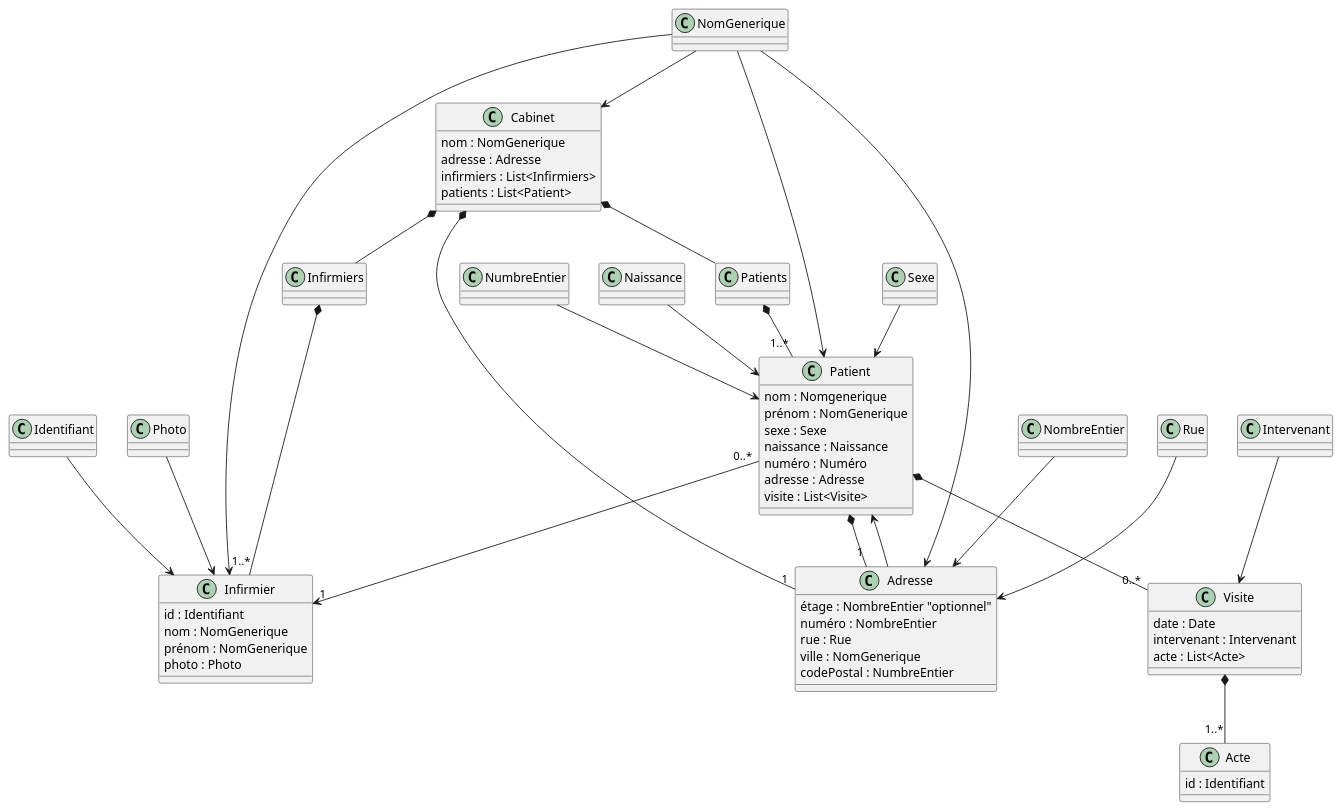
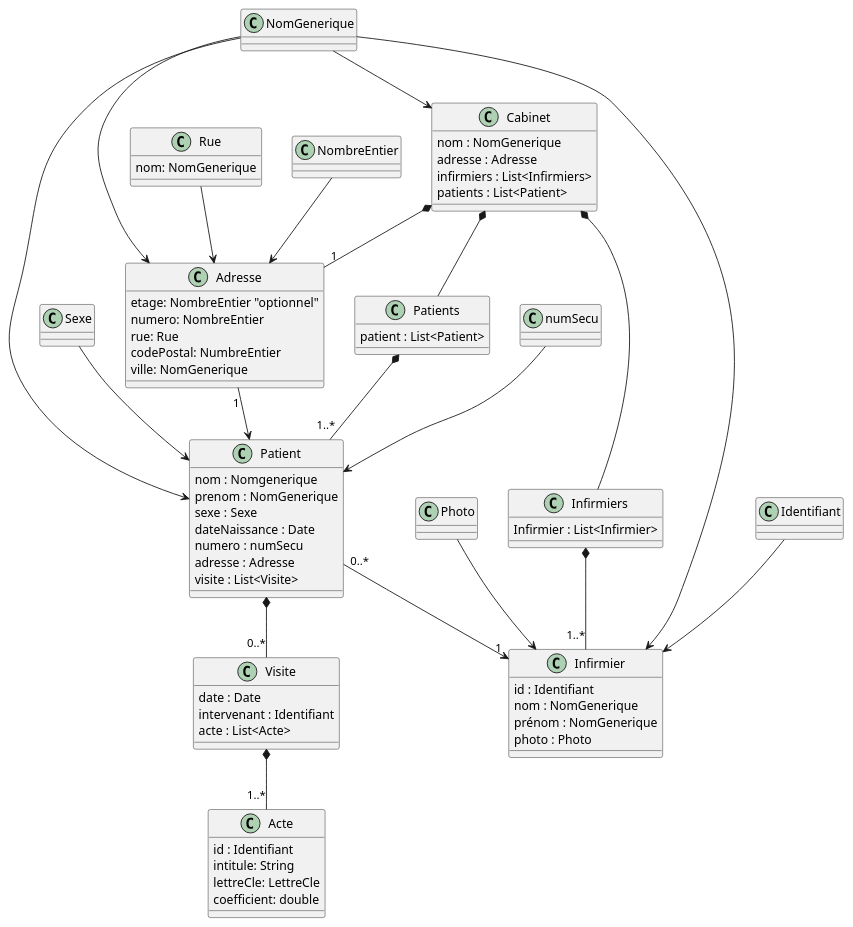
Before and after one commit to dramekhoyane-oss/XML-Projets: the diagram in CabinetInfermier/cabinet.plantuml, drawn with PlantUML.

Commit message:
definition de la classe Acte et Rue(c'etait vide ); ajout des commentaire pour les classes de type simple (les contraintes...); a  jout des corps des classes "Infirmiers"  et "Patients"

```diff
--- a/CabinetInfermier/cabinet.plantuml
+++ b/CabinetInfermier/cabinet.plantuml
@@ -1,125 +1,137 @@
 @startuml
 
 class Cabinet {
 nom : NomGenerique 
 adresse : Adresse 
 infirmiers : List<Infirmiers>
 patients : List<Patient>
 }
+
 /' les classes conteneurs de patien et infirmier'/
 class Patients{
+patient : List<Patient>
 }
+
 class Infirmiers{
+Infirmier : List<Infirmier>
 }
+
+
 class Patient{
 nom : Nomgenerique
-prénom : NomGenerique
+prenom : NomGenerique
 sexe : Sexe 
-naissance : Naissance 
-numéro : Numéro 
+dateNaissance : Date
+numero : numSecu
 adresse : Adresse
 visite : List<Visite>
 }
 
 class Infirmier{
 id : Identifiant 
 nom : NomGenerique
 prénom : NomGenerique
 photo : Photo
 }
 
 class Visite{
 date : Date
-intervenant : Intervenant /' ou id '/
+intervenant : Identifiant /' ou id '/
 acte : List<Acte>
 }
 
 class Acte{
 id : Identifiant 
-}
-class Intervenant {
+intitule: String
+lettreCle: LettreCle
+coefficient: double
+
 }
 
+
 class Adresse{
-étage : NombreEntier "optionnel"
-numéro : NombreEntier
-rue : Rue 
-ville : NomGenerique
-codePostal : NumbreEntier
+etage: NombreEntier "optionnel"
+numero: NombreEntier
+rue: Rue 
+codePostal: NumbreEntier
+ville: NomGenerique
+}
 
+class Rue{
+nom: NomGenerique
 }
+
+/' NomGenerique: passer en classe : nom, prenom, ville '/
 class NomGenerique {
-} /'passer en classe nom prenom ville '/
+} 
+
+
+/' Identifiant: 3 chiffres, ex: 001-999 '/
+class Identifiant{
+}
+
+/' NombreEntier: entier >=0 '/
+class NombreEntier{
+}
+
+/' Sexe: M ou F '/
+class Sexe{
+}
+
+/'numSecu: composé de 13 chiffres, suivi d’une clé de contrôle
+ de 2 chiffres  comprise entre 01 et 97 '/
+class numSecu{
+}
+
+/'extension .jpg | .png '/
+class Photo{
+}
 
 
 
-class Identifiant{
-}
-class NombreEntier{
-}
 
-class Sexe{
-}
-
-class Photo{
-}
-class Rue{
-}
-
-
-/'les liaisons '/
+/'les relations '/
 
 /'la Composition (*--): La "partie" ne peut pas exister sans le "tout"
 exemple: Cabinet -> la "Tout" , Infirmiers -> la "Partie"
 si le cabinet ferme, plus la classe Infirmiers(plus de raison d'etre)
 '/
 
 /'L'Agrégation (o--): La "partie" peut exister indépendamment du "tout"
 '/
 
 /' A --> B : A -> (A l'element simple , B -> l'element qui utilise A) lien logique simple qui peut signifier "est affecteé à"
  '/
 
 
 Cabinet *-- Infirmiers
 Cabinet *-- Patients
 Cabinet *-- "1" Adresse 
+
 Infirmiers *-- "1..*" Infirmier
+
 Patients *-- "1..*" Patient
 Patient *-- "0..*" Visite /'une visite ne peut pas exister sans patient '/
-Patient *-- "1" Adresse
 Patient "0..*" --> "1" Infirmier /' 1 Infirmier a 0 ou +sieur Patient '/
+
 Visite *-- "1..*"  Acte 
 
 NomGenerique --> Cabinet 
 NomGenerique --> Infirmier
 NomGenerique --> Patient /'nom + Prénom'/
 NomGenerique --> Adresse  /'Ville'/
-NombreEntier --> Adresse  /'numéro + CodePostal'/
-NumbreEntier --> Patient /'numéro'/
+NombreEntier --> Adresse  /'CodePostal'/
+numSecu --> Patient 
 
 Sexe--> Patient
-Naissance--> Patient
-Adresse--> Patient
+Adresse "1" --> Patient
 Identifiant --> Infirmier
 Photo --> Infirmier
-Intervenant --> Visite
 Rue --> Adresse
 
 
 
 
 
 
-
-
-
-
-
-
-
-
-
-
-
 @enduml
```
